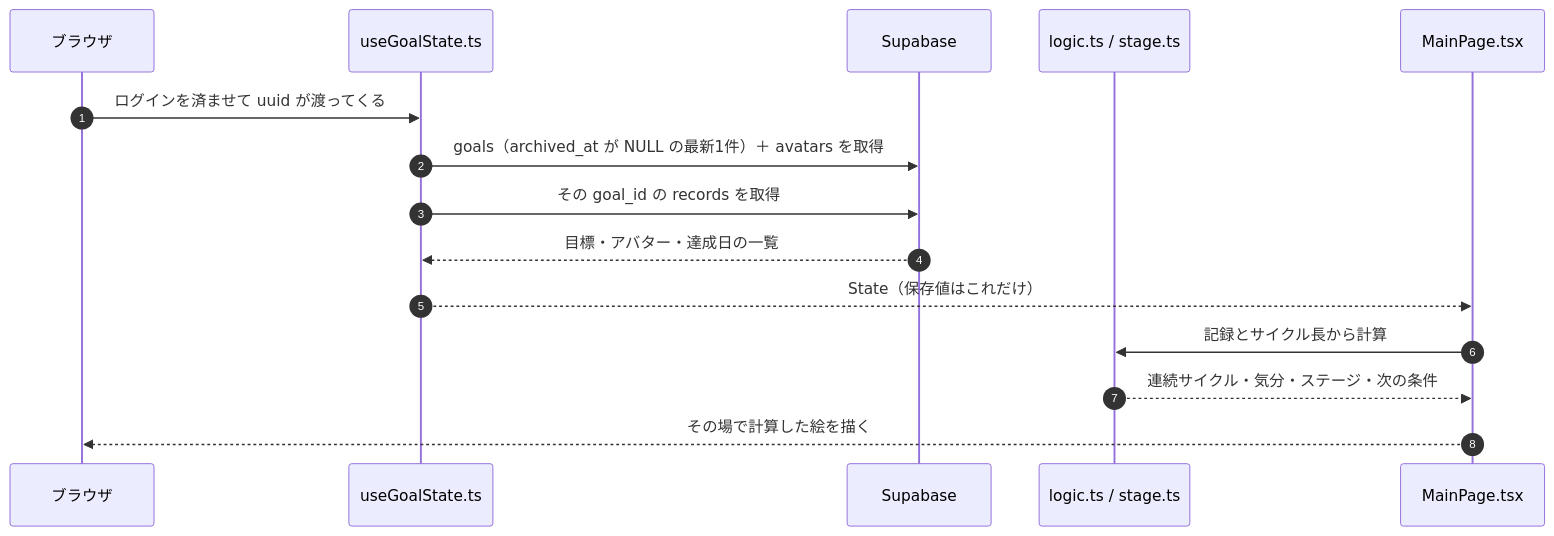
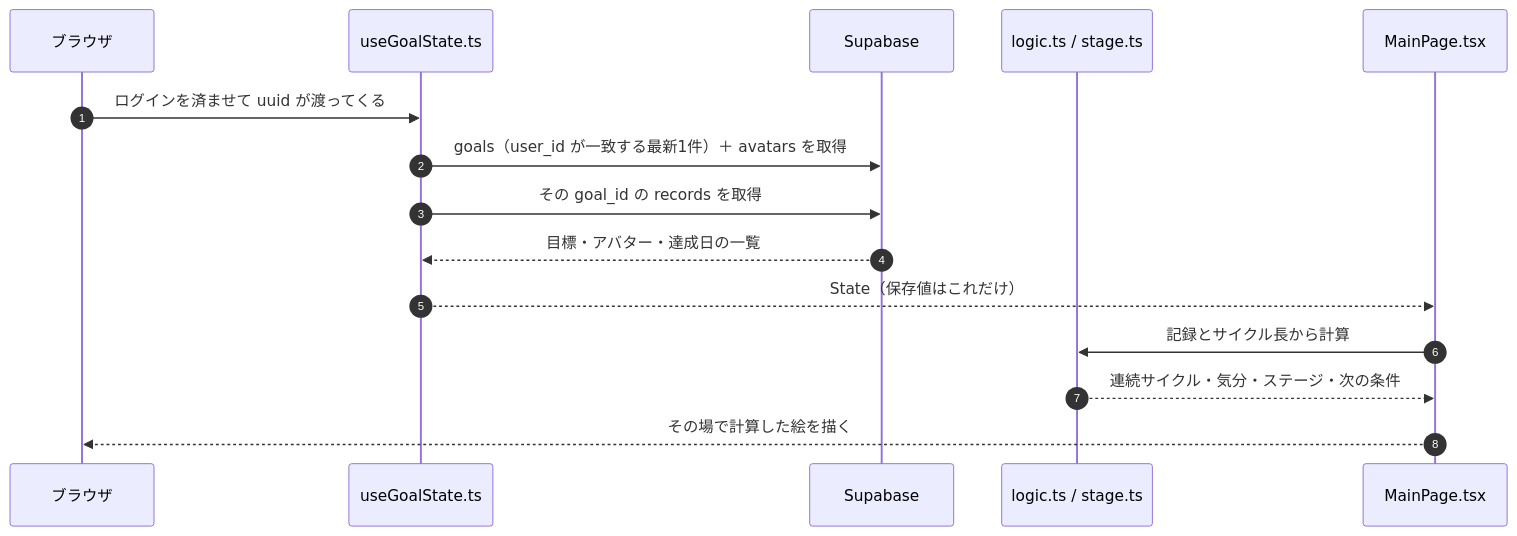
Before and after one commit to kuramochi703/keep-motivation-app: the fifth of 6 diagrams in ARCHITECTURE.md, drawn with Mermaid. The commit also changed other lines of this file and 18 other files, not shown here.

````diff
--- a/ARCHITECTURE.md
+++ b/ARCHITECTURE.md
@@ -243,18 +244,18 @@
 ```mermaid
 sequenceDiagram
     autonumber
     participant B as ブラウザ
     participant G as useGoalState.ts
     participant S as Supabase
     participant L as logic.ts / stage.ts
     participant M as MainPage.tsx
 
     B->>G: ログインを済ませて uuid が渡ってくる
-    G->>S: goals（archived_at が NULL の最新1件）＋ avatars を取得
+    G->>S: goals（user_id が一致する最新1件）＋ avatars を取得
     G->>S: その goal_id の records を取得
     S-->>G: 目標・アバター・達成日の一覧
     G-->>M: State（保存値はこれだけ）
     M->>L: 記録とサイクル長から計算
     L-->>M: 連続サイクル・気分・ステージ・次の条件
     M-->>B: その場で計算した絵を描く
 ```
````
